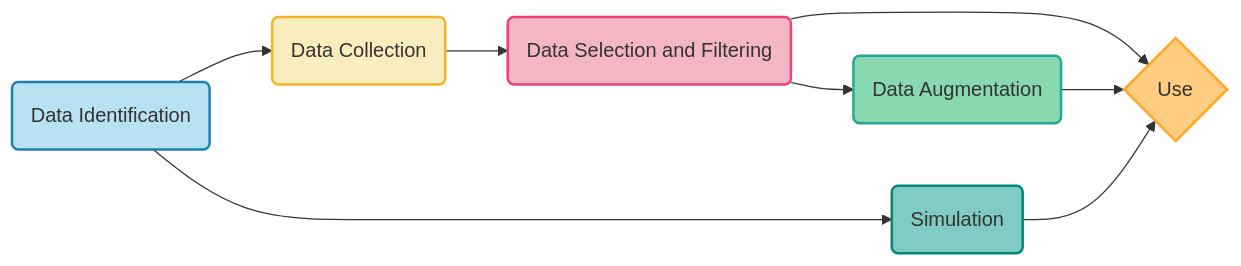
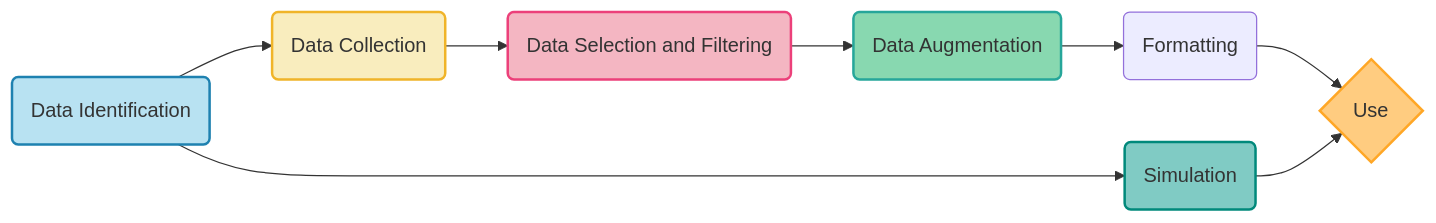
One commit to ianderrington/genai changed the diagram in docs/Understanding/data/preparation/index.md. Above: the diagram before and after it, drawn with Mermaid. The commit also changed other lines of this file and 6 other files, not shown here.

````diff
--- a/docs/Understanding/data/preparation/index.md
+++ b/docs/Understanding/data/preparation/index.md
@@ -5,25 +5,26 @@
 ```mermaid
 graph LR
     style A fill:#b8e2f2,stroke:#1e81b0,stroke-width:2px
     style B fill:#f9edbe,stroke:#f0b429,stroke-width:2px
     style C fill:#f4b6c2,stroke:#ec407a,stroke-width:2px
     style D fill:#88d8b0,stroke:#26a69a,stroke-width:2px
     style E fill:#80cbc4,stroke:#00897b,stroke-width:2px
     style F fill:#ffcc80,stroke:#ffa726,stroke-width:2px
 
 
     A(Data Identification) --> B(Data Collection)
     A --> E(Simulation)
     B --> C(Data Selection and Filtering)
     C --> D(Data Augmentation)
-    C --> F{Use}
-    D --> F
+    D --> DD(Formatting)
+    DD --> F{Use}
     E --> F
 
     click A href "../sources.html" "Data Identification"
     click B href "data_collection.html" "Data Collection"
     click C href "selection.html" "Data Selection and Filtering"
     click D href "augmentation.html" "Data Augmentation"
+    click DD href "formatting.html" "Formatting"
     click E href "simulation.html" "Data Simulation"
 
 ```
````
